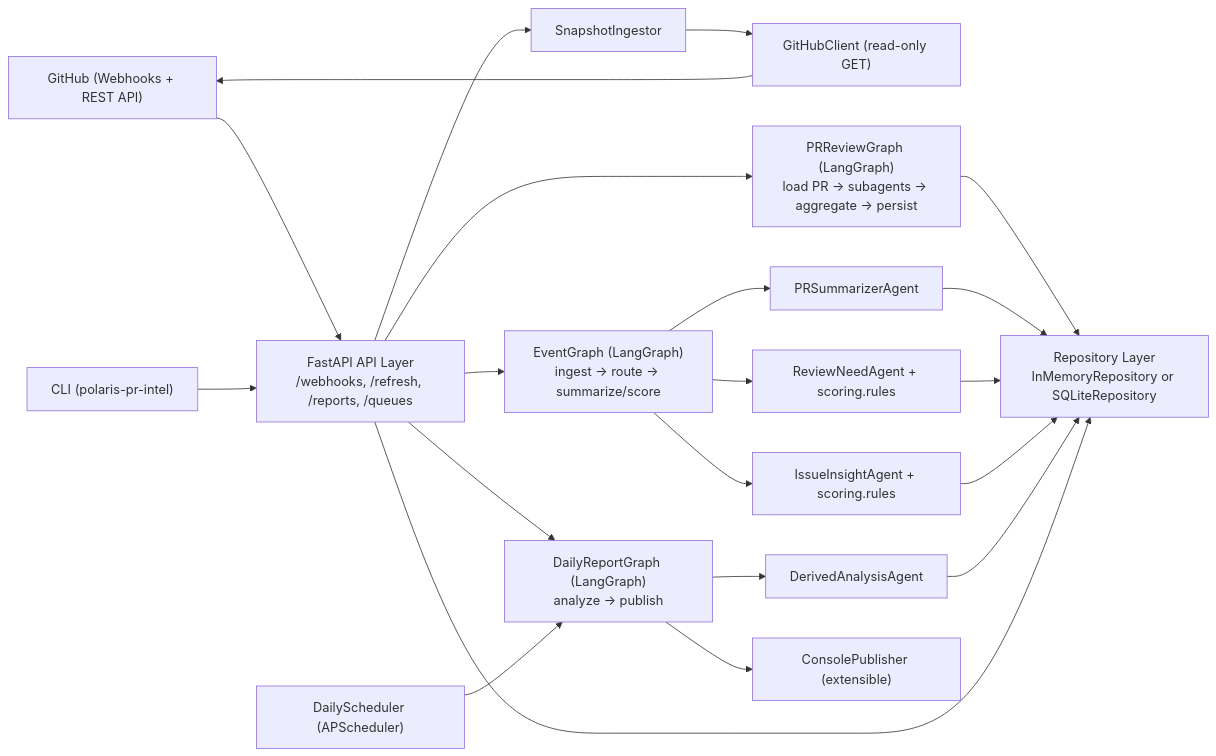
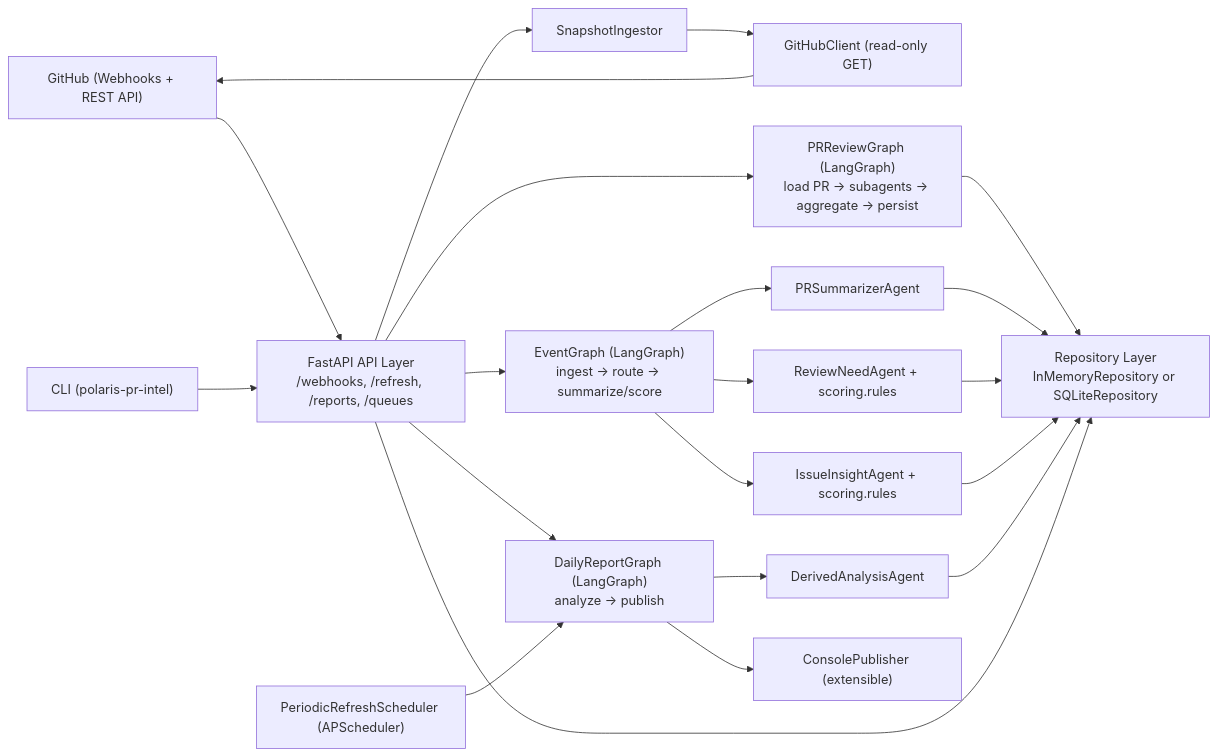
The fourth of 4 diagrams in README.md (flyrain/pr-intelligence), drawn with Mermaid before and after one commit. The commit also changed other lines of this file and 10 other files, not shown here.

Commit message:
Rename scheduler to periodic refresh

````diff
--- a/README.md
+++ b/README.md
@@ -463,27 +463,27 @@
 ```mermaid
 flowchart LR
     GH["GitHub (Webhooks + REST API)"] --> API["FastAPI API Layer<br/>/webhooks, /refresh, /reports, /queues"]
     CLI["CLI (polaris-pr-intel)"] --> API
     API --> EG["EventGraph (LangGraph)<br/>ingest -> route -> summarize/score"]
     API --> DG["DailyReportGraph (LangGraph)<br/>analyze -> publish"]
     API --> ING["SnapshotIngestor"]
 
     ING --> GHC["GitHubClient (read-only GET)"]
     GHC --> GH
 
     EG --> A1["PRSummarizerAgent"]
     EG --> A2["ReviewNeedAgent + scoring.rules"]
     EG --> A3["IssueInsightAgent + scoring.rules"]
     DG --> A4["DerivedAnalysisAgent"]
     PRG["PRReviewGraph (LangGraph)<br/>load PR -> subagents -> aggregate -> persist"] --> STORE
     DG --> PUB["ConsolePublisher (extensible)"]
 
     A1 --> STORE["Repository Layer<br/>InMemoryRepository or SQLiteRepository"]
     A2 --> STORE
     A3 --> STORE
     A4 --> STORE
     API --> STORE
     API --> PRG
 
-    SCHED["DailyScheduler (APScheduler)"] --> DG
+    SCHED["PeriodicRefreshScheduler (APScheduler)"] --> DG
 ```
````
